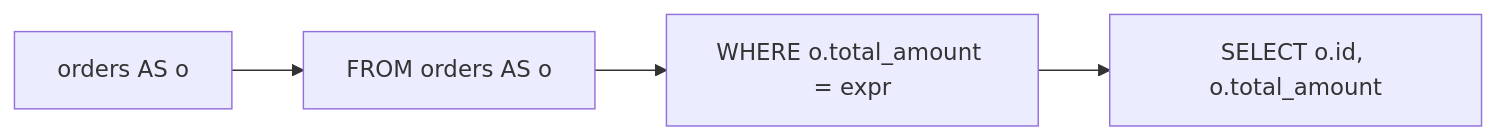
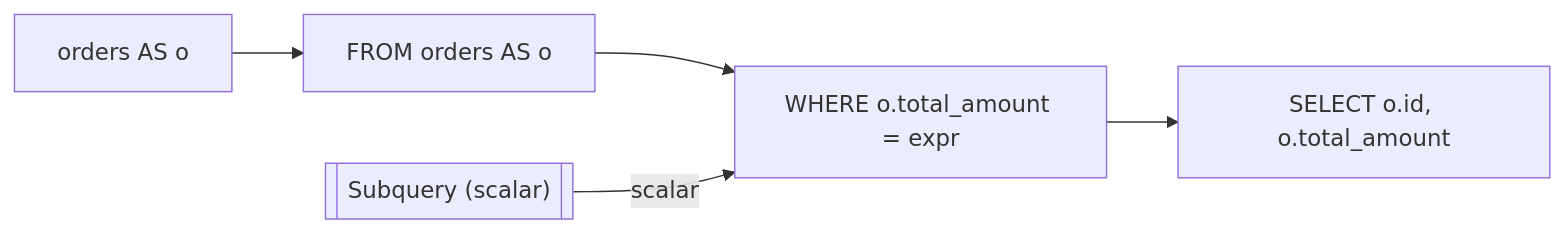
Before and after one commit to rot1024/sqloflow: the diagram in examples/subquery_scalar.mmd, drawn with Mermaid. The commit also changed 26 other files, not shown here.

```diff
--- a/examples/subquery_scalar.mmd
+++ b/examples/subquery_scalar.mmd
@@ -1,8 +1,10 @@
 flowchart LR
     node_0[orders AS o]
     node_1[FROM orders AS o]
     node_2["WHERE o.total_amount = expr"]
-    node_3["SELECT o.id, o.total_amount"]
+    node_3[["Subquery (scalar)"]]
+    node_4["SELECT o.id, o.total_amount"]
     node_0 --> node_1
     node_1 --> node_2
-    node_2 --> node_3
+    node_3 -->|scalar| node_2
+    node_2 --> node_4
```
